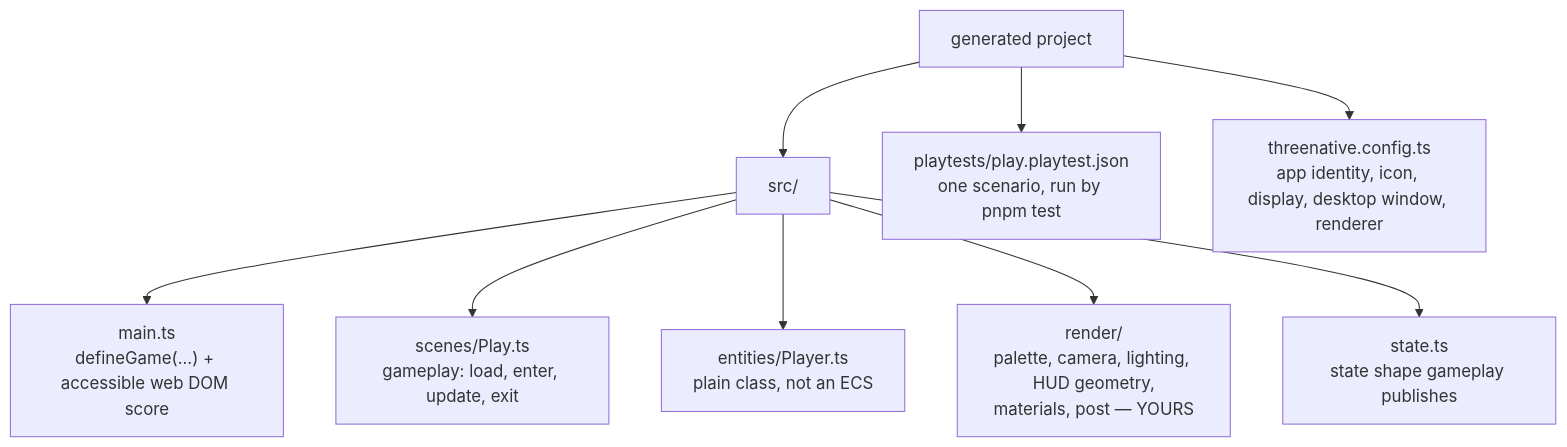
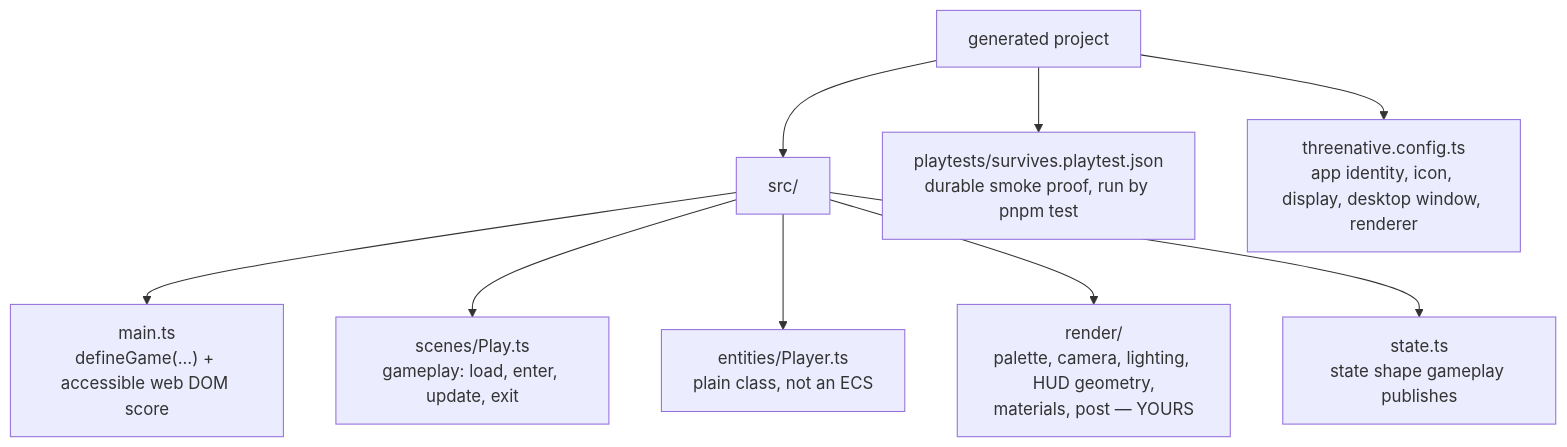
Before and after one commit to ThreeNativeHQ/threenative: the diagram in packages/create-threenative/templates/minimal/AGENTS.md, drawn with Mermaid. The commit also changed other lines of this file and 403 other files, not shown here.

````diff
--- a/packages/create-threenative/templates/minimal/AGENTS.md
+++ b/packages/create-threenative/templates/minimal/AGENTS.md
@@ -49,21 +49,21 @@
 ```mermaid
 flowchart TD
     project["generated project"]
     src["src/"]
     main["main.ts<br/>defineGame(...) + accessible web DOM score"]
     play["scenes/Play.ts<br/>gameplay: load, enter, update, exit"]
     player["entities/Player.ts<br/>plain class, not an ECS"]
     render["render/<br/>palette, camera, lighting, HUD geometry,<br/>materials, post — YOURS"]
     state["state.ts<br/>state shape gameplay publishes"]
-    playtest["playtests/play.playtest.json<br/>one scenario, run by pnpm test"]
+    playtest["playtests/survives.playtest.json<br/>durable smoke proof, run by pnpm test"]
     config["threenative.config.ts<br/>app identity, icon, display, desktop window, renderer"]
 
     project --> src
     src --> main
     src --> play
     src --> player
     src --> render
     src --> state
     project --> playtest
     project --> config
 ```
````
